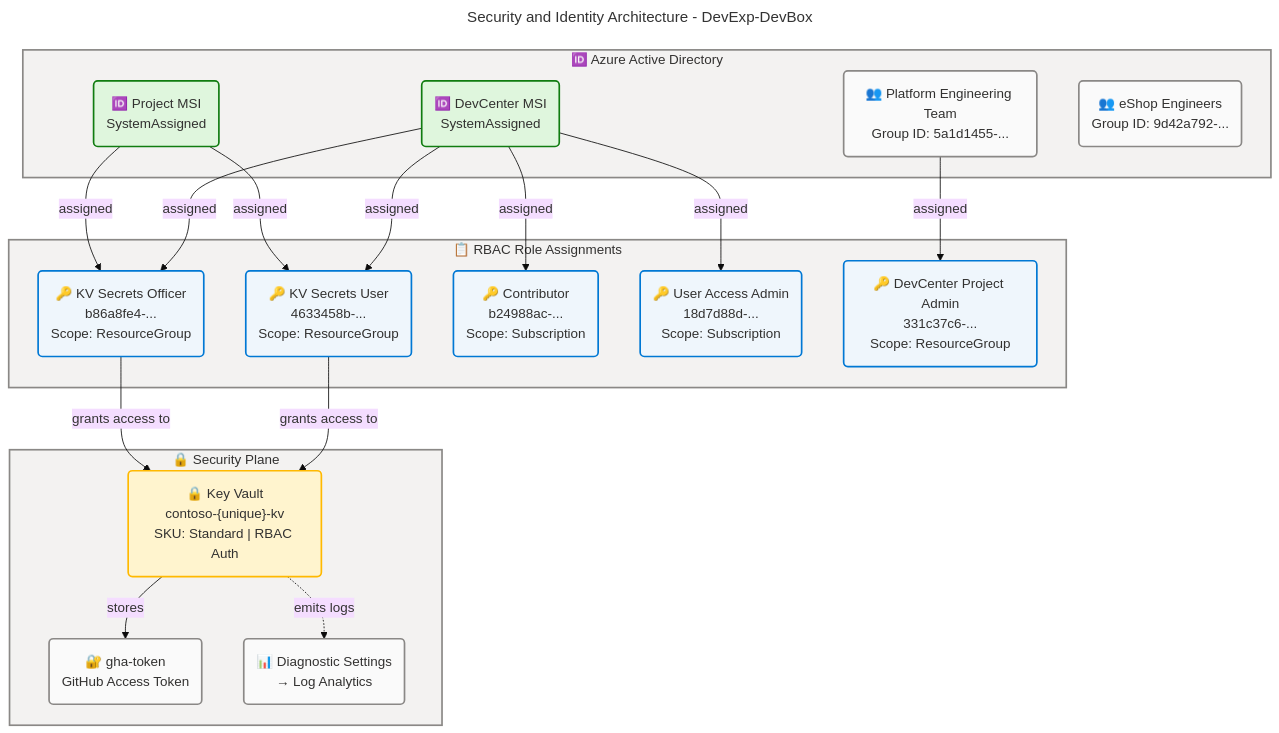
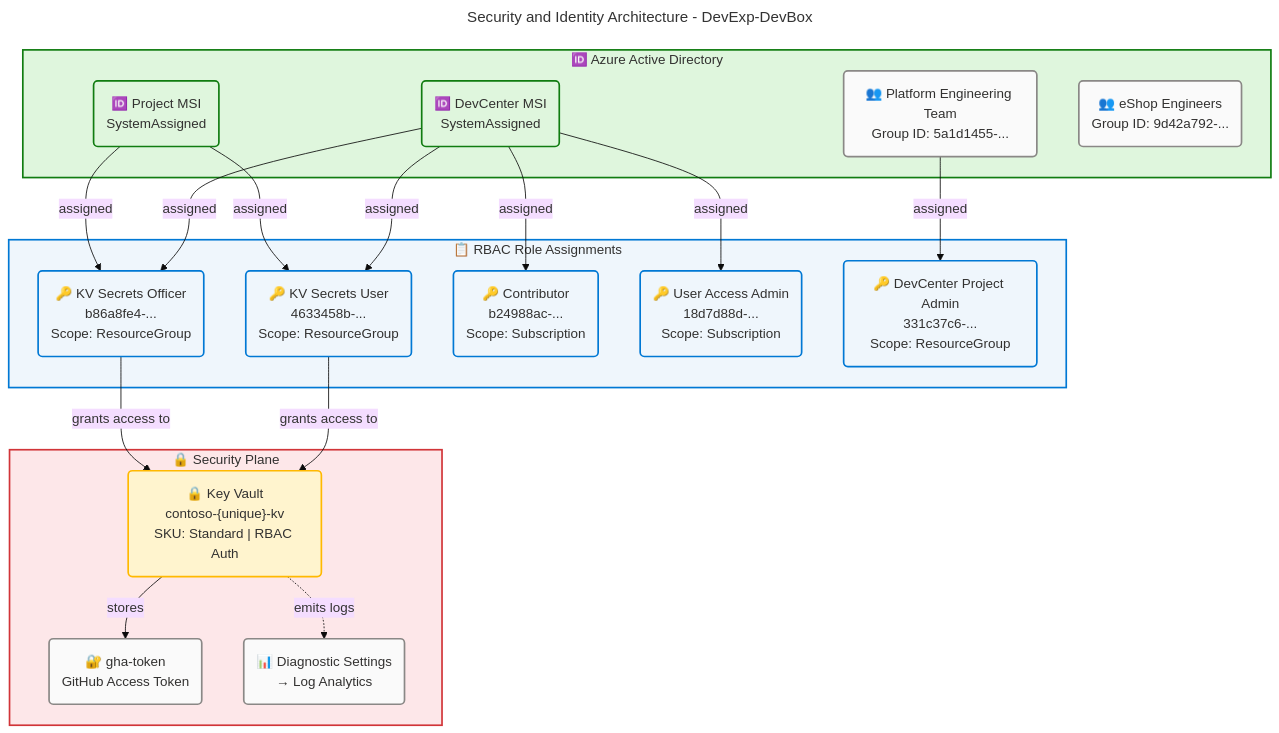
One commit to Evilazaro/DevExp-DevBox changed the fifth of 6 diagrams in docs/architecture/technology-architecture.md. Above: the diagram before and after it, drawn with Mermaid. The commit also changed other lines of this file, not shown here.

Commit message:
refactor: Update Mermaid diagram styles for improved visual clarity in technology architecture documentation

````diff
--- a/docs/architecture/technology-architecture.md
+++ b/docs/architecture/technology-architecture.md
@@ -903,70 +903,70 @@
 ```mermaid
 ---
 title: Security and Identity Architecture - DevExp-DevBox
 config:
   theme: base
   look: classic
   layout: dagre
   themeVariables:
     fontSize: '16px'
   flowchart:
     htmlLabels: true
 ---
 flowchart TB
     accTitle: Security and Identity Architecture - DevExp-DevBox
     accDescr: Shows Key Vault secret management, Managed Identity bindings, and RBAC role assignment flows across DevCenter and Project identities
 
     %% ═══════════════════════════════════════════════════════════════════════════
     %% AZURE / FLUENT ARCHITECTURE PATTERN v1.1
     %% (Semantic + Structural + Font + Accessibility Governance)
     %% ═══════════════════════════════════════════════════════════════════════════
     %% PHASE 1 - FLUENT UI: All styling uses approved Fluent UI palette only
     %% PHASE 2 - GROUPS: Every subgraph has semantic color via style directive
     %% PHASE 3 - COMPONENTS: Every node has semantic classDef + icon prefix
     %% PHASE 4 - ACCESSIBILITY: accTitle/accDescr present, WCAG AA contrast
     %% PHASE 5 - STANDARD: Governance block present, classDefs centralized
     %% ═══════════════════════════════════════════════════════════════════════════
 
     subgraph AzureAD["🆔 Azure Active Directory"]
         DCMSI("🆔 DevCenter MSI<br/>SystemAssigned"):::success
         ProjMSI("🆔 Project MSI<br/>SystemAssigned"):::success
         PlatEng("👥 Platform Engineering Team<br/>Group ID: 5a1d1455-..."):::neutral
         eShopEng("👥 eShop Engineers<br/>Group ID: 9d42a792-..."):::neutral
     end
 
     subgraph KeyVaultPlane["🔒 Security Plane"]
         KV("🔒 Key Vault<br/>contoso-{unique}-kv<br/>SKU: Standard | RBAC Auth"):::warning
         KVSecret("🔐 gha-token<br/>GitHub Access Token"):::neutral
         DiagKV("📊 Diagnostic Settings<br/>→ Log Analytics"):::neutral
     end
 
     subgraph RBACAssignments["📋 RBAC Role Assignments"]
         RoleKVUser("🔑 KV Secrets User<br/>4633458b-...<br/>Scope: ResourceGroup"):::core
         RoleKVOfficer("🔑 KV Secrets Officer<br/>b86a8fe4-...<br/>Scope: ResourceGroup"):::core
         RoleContrib("🔑 Contributor<br/>b24988ac-...<br/>Scope: Subscription"):::core
         RoleUAA("🔑 User Access Admin<br/>18d7d88d-...<br/>Scope: Subscription"):::core
         RoleProjAdmin("🔑 DevCenter Project Admin<br/>331c37c6-...<br/>Scope: ResourceGroup"):::core
     end
 
     DCMSI -->|"assigned"| RoleKVUser
     DCMSI -->|"assigned"| RoleKVOfficer
     DCMSI -->|"assigned"| RoleContrib
     DCMSI -->|"assigned"| RoleUAA
     ProjMSI -->|"assigned"| RoleKVUser
     ProjMSI -->|"assigned"| RoleKVOfficer
     PlatEng -->|"assigned"| RoleProjAdmin
     RoleKVUser -->|"grants access to"| KV
     RoleKVOfficer -->|"grants access to"| KV
     KV -->|"stores"| KVSecret
     KV -.->|"emits logs"| DiagKV
 
     %% Centralized classDefs
     classDef neutral fill:#FAFAFA,stroke:#8A8886,stroke-width:2px,color:#323130
     classDef core fill:#EFF6FC,stroke:#0078D4,stroke-width:2px,color:#323130
     classDef success fill:#DFF6DD,stroke:#107C10,stroke-width:2px,color:#323130
     classDef warning fill:#FFF4CE,stroke:#FFB900,stroke-width:2px,color:#323130
 
-    style AzureAD fill:#F3F2F1,stroke:#8A8886,stroke-width:2px,color:#323130
-    style KeyVaultPlane fill:#F3F2F1,stroke:#8A8886,stroke-width:2px,color:#323130
-    style RBACAssignments fill:#F3F2F1,stroke:#8A8886,stroke-width:2px,color:#323130
+    style AzureAD fill:#DFF6DD,stroke:#107C10,stroke-width:2px,color:#323130
+    style KeyVaultPlane fill:#FDE7E9,stroke:#D13438,stroke-width:2px,color:#323130
+    style RBACAssignments fill:#EFF6FC,stroke:#0078D4,stroke-width:2px,color:#323130
 ```
````
